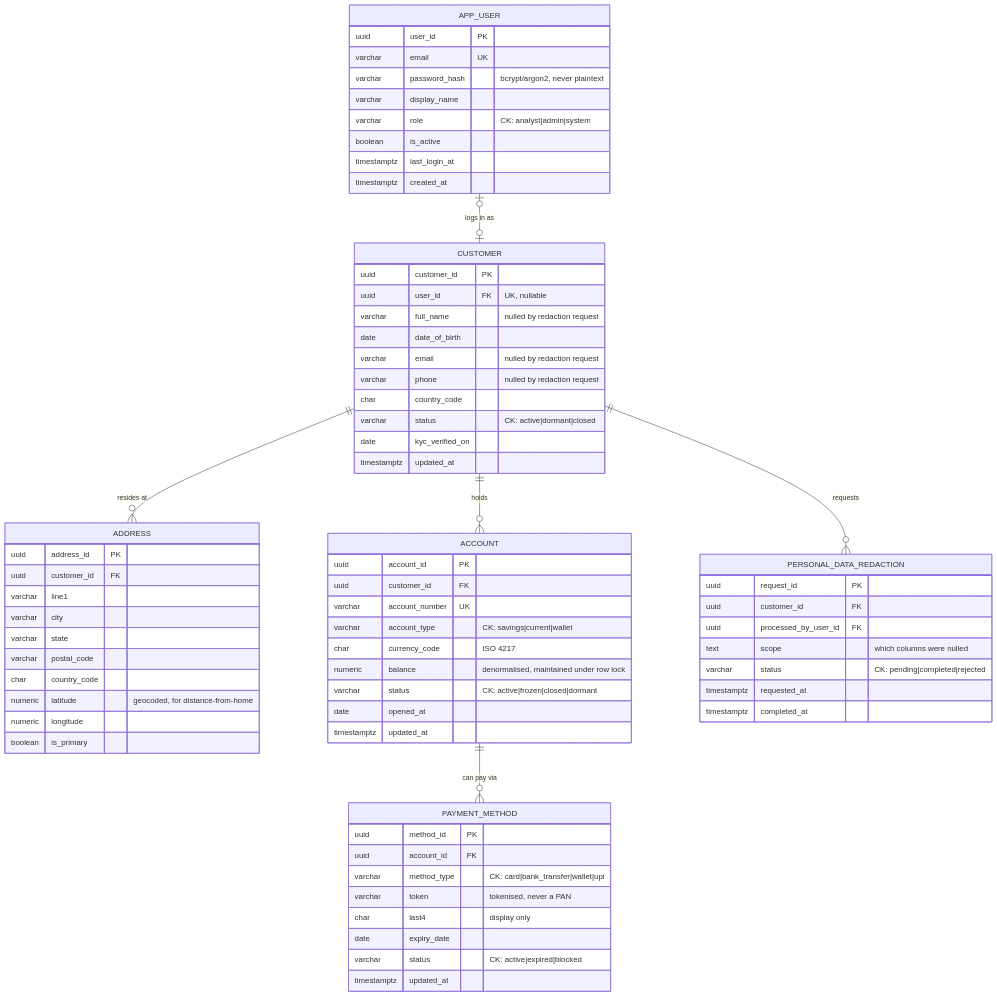
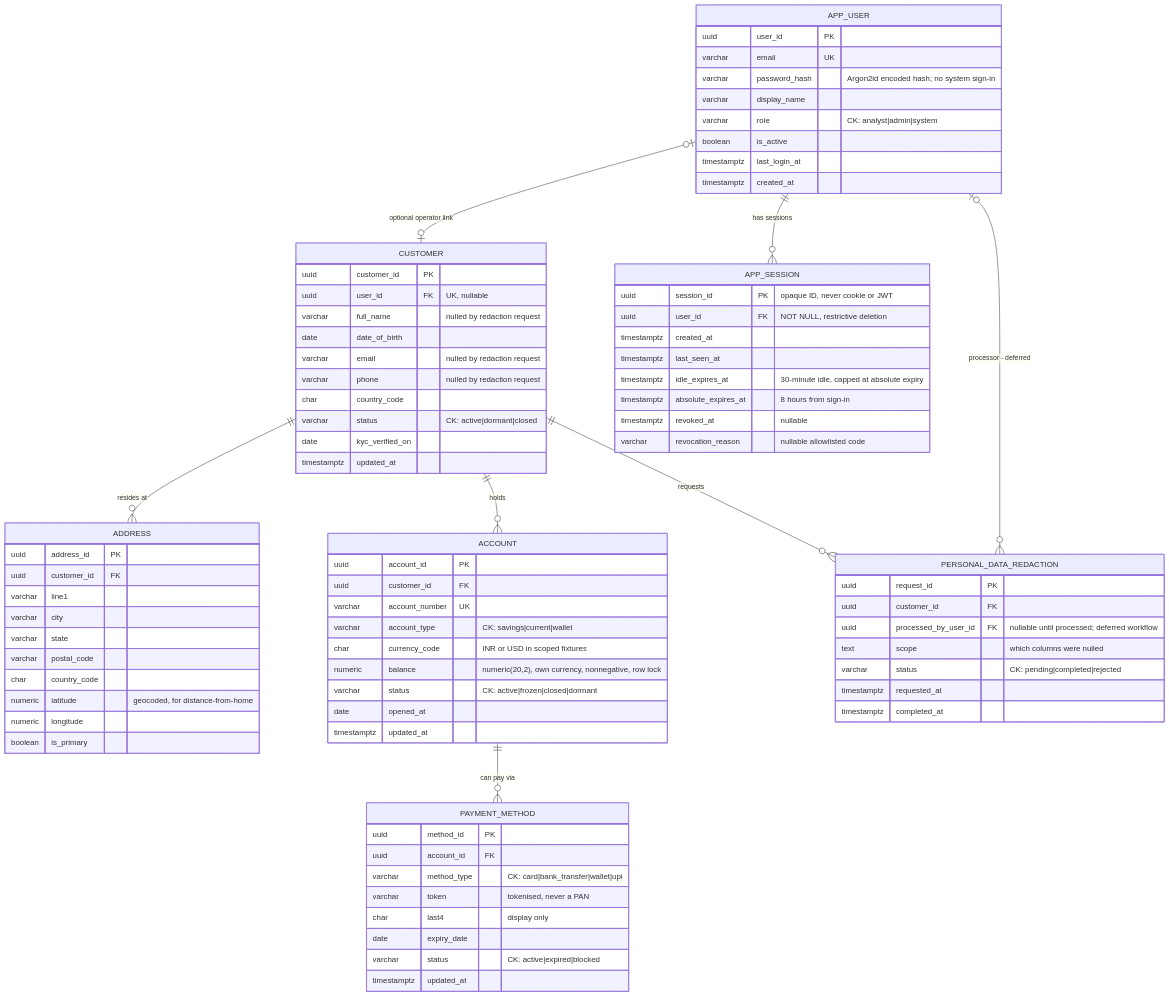
Before and after one commit to KadakWNL/finsight: the first of 3 diagrams in docs/er-diagram.md, drawn with Mermaid. The commit also changed other lines of this file and 18 other files, not shown here.

Commit message:
docs: reconcile ER artifacts with reviewed contracts

````diff
--- a/docs/er-diagram.md
+++ b/docs/er-diagram.md
@@ -10,15 +19,17 @@
 ```mermaid
 erDiagram
-    APP_USER o|--o| CUSTOMER : "logs in as"
+    APP_USER o|--o| CUSTOMER : "optional operator link"
+    APP_USER ||--o{ APP_SESSION : "has sessions"
     CUSTOMER ||--o{ ADDRESS : "resides at"
     CUSTOMER ||--o{ ACCOUNT : "holds"
     CUSTOMER ||--o{ PERSONAL_DATA_REDACTION : "requests"
     ACCOUNT ||--o{ PAYMENT_METHOD : "can pay via"
+    APP_USER o|--o{ PERSONAL_DATA_REDACTION : "processor - deferred"
 
     APP_USER {
         uuid user_id PK
         varchar email UK
-        varchar password_hash "bcrypt/argon2, never plaintext"
+        varchar password_hash "Argon2id encoded hash; no system sign-in"
         varchar display_name
         varchar role "CK: analyst|admin|system"
         boolean is_active
@@ -57,8 +68,8 @@
         uuid customer_id FK
         varchar account_number UK
         varchar account_type "CK: savings|current|wallet"
-        char currency_code "ISO 4217"
-        numeric balance "denormalised, maintained under row lock"
+        char currency_code "INR or USD in scoped fixtures"
+        numeric balance "numeric(20,2), own currency, nonnegative, row lock"
         varchar status "CK: active|frozen|closed|dormant"
         date opened_at
         timestamptz updated_at
@@ -75,10 +86,21 @@
         timestamptz updated_at
     }
 
+    APP_SESSION {
+        uuid session_id PK "opaque ID, never cookie or JWT"
+        uuid user_id FK "NOT NULL, restrictive deletion"
+        timestamptz created_at
+        timestamptz last_seen_at
+        timestamptz idle_expires_at "30-minute idle, capped at absolute expiry"
+        timestamptz absolute_expires_at "8 hours from sign-in"
+        timestamptz revoked_at "nullable"
+        varchar revocation_reason "nullable allowlisted code"
+    }
+
     PERSONAL_DATA_REDACTION {
         uuid request_id PK
         uuid customer_id FK
-        uuid processed_by_user_id FK
+        uuid processed_by_user_id FK "nullable until processed; deferred workflow"
         text scope "which columns were nulled"
         varchar status "CK: pending|completed|rejected"
         timestamptz requested_at
````
